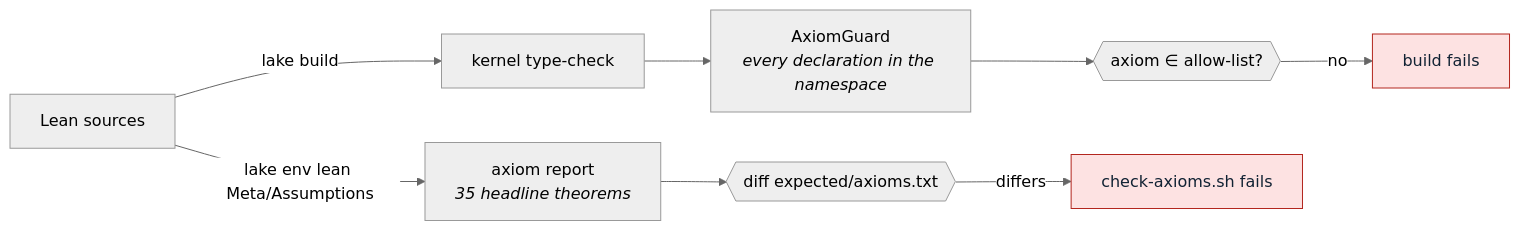
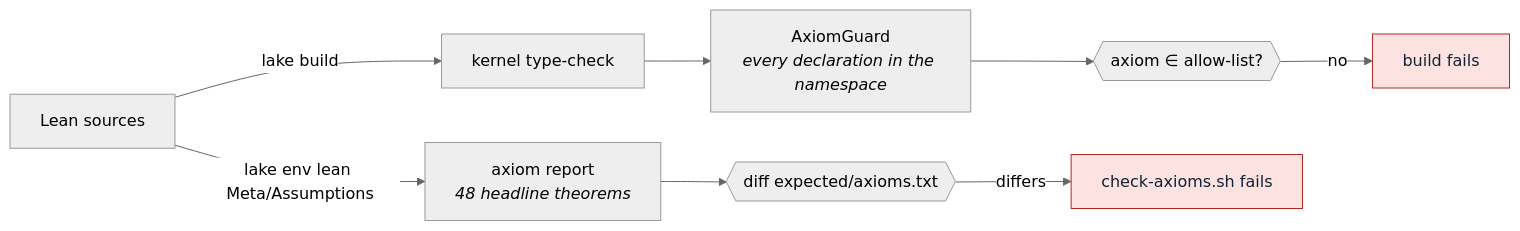
The second of 3 diagrams in lean/README.md (lelantos-org/circuits), drawn with Mermaid (neutral theme) before and after one commit. The commit also changed other lines of this file and 83 other files, not shown here.

````diff
--- a/lean/README.md
+++ b/lean/README.md
@@ -330,16 +335,16 @@
 ```mermaid
 flowchart LR
     SRC["Lean sources"]
 
     SRC -->|"lake build"| KERNEL["kernel type-check"]
     KERNEL --> GUARD["AxiomGuard<br/><i>every declaration in the namespace</i>"]
     GUARD --> ALLOW{{"axiom ∈ allow-list?"}}
     ALLOW -->|no| FAILB["build fails"]
 
-    SRC -->|"lake env lean Meta/Assumptions"| PRINT["axiom report<br/><i>35 headline theorems</i>"]
+    SRC -->|"lake env lean Meta/Assumptions"| PRINT["axiom report<br/><i>48 headline theorems</i>"]
     PRINT --> DIFF{{"diff expected/axioms.txt"}}
     DIFF -->|differs| FAILA["check-axioms.sh fails"]
 
     classDef fail fill:#fde2e2,stroke:#b3261e,color:#123
     class FAILA,FAILB fail
 ```
````
